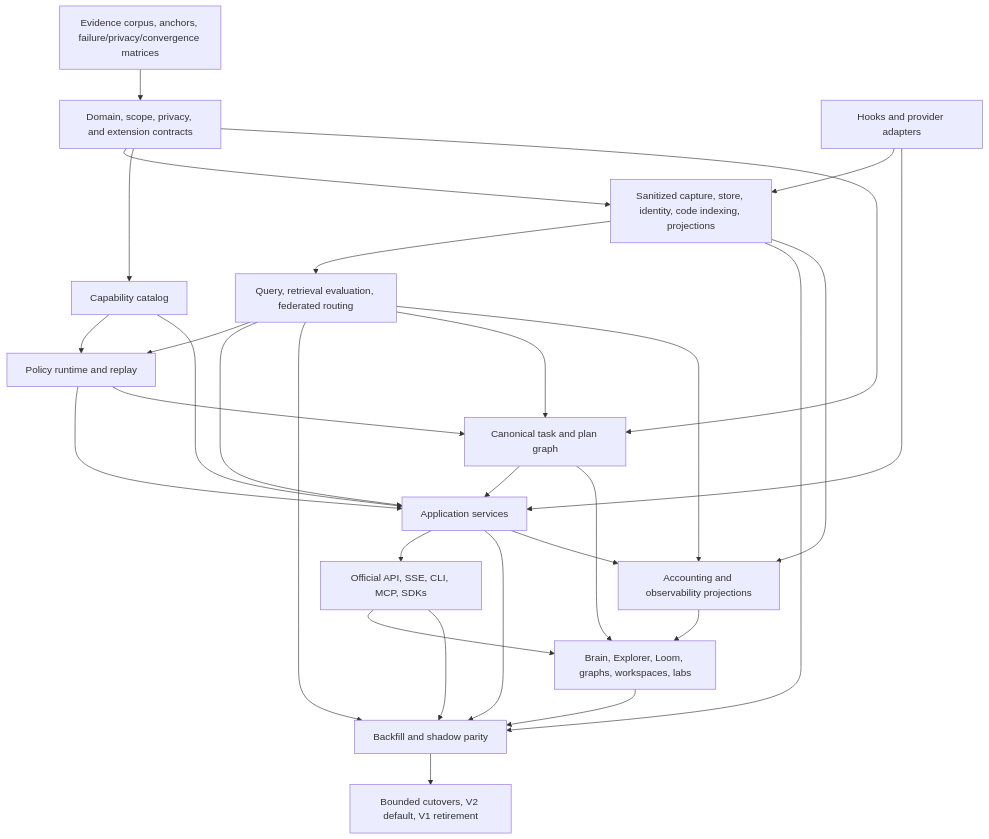
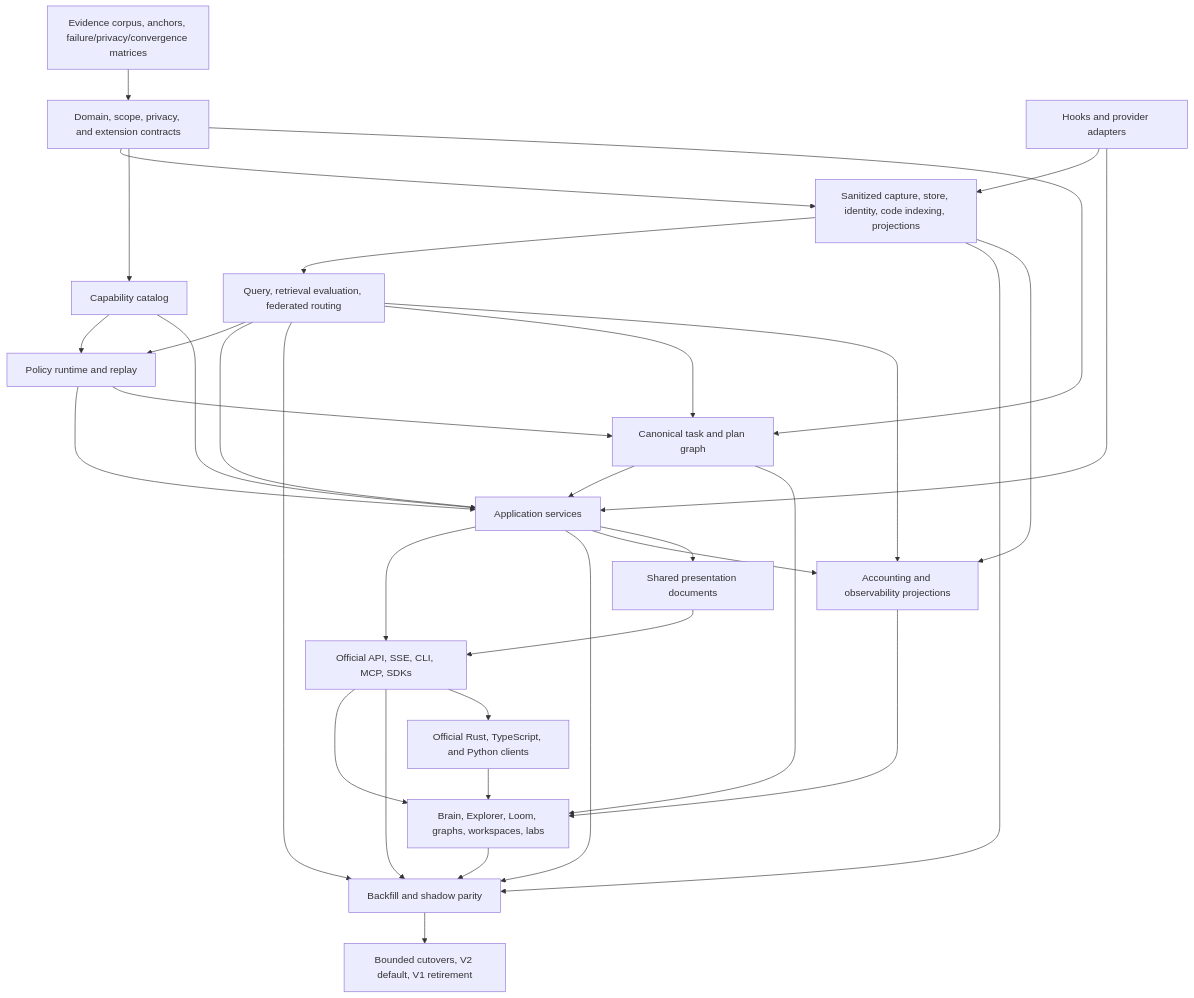
One commit to ScriptedAlchemy/tracedecay changed the diagram in docs/plans/tracedecay-v2/00-plan-set-index.md. Above: the diagram before and after it, drawn with Mermaid. The commit also changed other lines of this file and 27 other files, not shown here.

````diff
--- a/docs/plans/tracedecay-v2/00-plan-set-index.md
+++ b/docs/plans/tracedecay-v2/00-plan-set-index.md
@@ -183,31 +186,35 @@
 ```mermaid
 flowchart TD
     E["Evidence corpus, anchors, failure/privacy/convergence matrices"] --> D["Domain, scope, privacy, and extension contracts"]
     D --> S["Sanitized capture, store, identity, code indexing, projections"]
     S --> Q["Query, retrieval evaluation, federated routing"]
     D --> C["Capability catalog"]
     Q --> P["Policy runtime and replay"]
     C --> P
     Q --> A["Application services"]
     P --> A
     C --> A
     H["Hooks and provider adapters"] --> S
     H --> A
     A --> API["Official API, SSE, CLI, MCP, SDKs"]
     API --> UI["Brain, Explorer, Loom, graphs, workspaces, labs"]
     S --> M["Backfill and shadow parity"]
     Q --> M
     A --> M
     API --> M
     UI --> M
     D --> T["Canonical task and plan graph"]
     Q --> T
     P --> T
     T --> A
     T --> UI
     S --> O["Accounting and observability projections"]
     Q --> O
     A --> O
     O --> UI
+    A --> R["Shared presentation documents"]
+    R --> API
+    API --> SDK["Official Rust, TypeScript, and Python clients"]
+    SDK --> UI
     M --> X["Bounded cutovers, V2 default, V1 retirement"]
 ```
````
